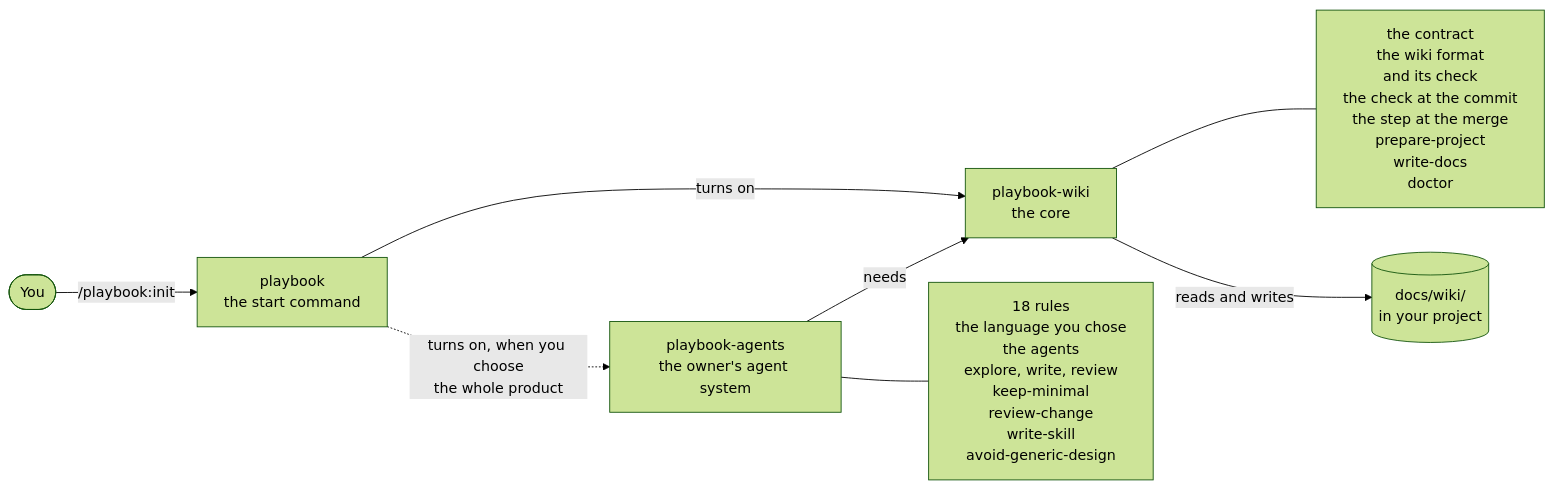
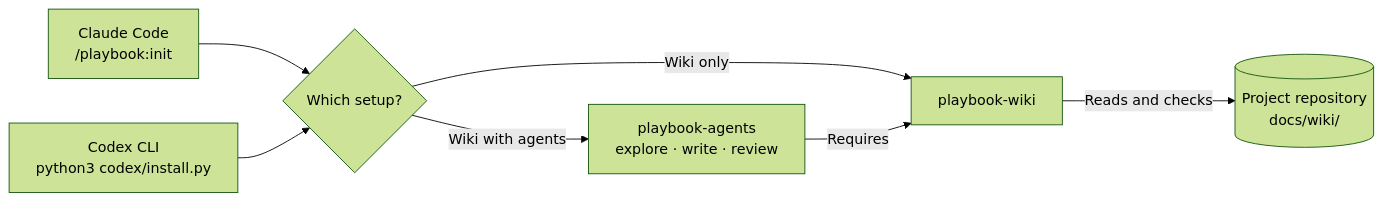
One commit to andresfrei/playbook changed the first of 2 diagrams in README.md. Above: the diagram before and after it, drawn with Mermaid (forest theme). The commit also changed other lines of this file and 31 other files, not shown here.

Commit message:
feat: bring Playbook to Codex CLI

````diff
--- a/README.md
+++ b/README.md
@@ -23,10 +43,9 @@
 ```mermaid
 flowchart LR
-  you([You]) -- "/playbook:init" --> init["playbook<br/>the start command"]
-  init -- "turns on" --> wiki["playbook-wiki<br/>the core"]
-  init -. "turns on, when you choose<br/>the whole product" .-> agents["playbook-agents<br/>the owner's agent system"]
-  agents -- "needs" --> wiki
-  wiki --- wikiHolds["the contract<br/>the wiki format<br/>and its check<br/>the check at the commit<br/>the step at the merge<br/>prepare-project<br/>write-docs<br/>doctor"]
-  agents --- agentsHolds["18 rules<br/>the language you chose<br/>the agents<br/>explore, write, review<br/>keep-minimal<br/>review-change<br/>write-skill<br/>avoid-generic-design"]
-  wiki -- "reads and writes" --> repo[("docs/wiki/<br/>in your project")]
+    claude["Claude Code<br/>/playbook:init"] --> choice{"Which setup?"}
+    codex["Codex CLI<br/>python3 codex/install.py"] --> choice
+    choice -->|Wiki only| wiki["playbook-wiki"]
+    choice -->|Wiki with agents| agents["playbook-agents<br/>explore · write · review"]
+    agents -->|Requires| wiki
+    wiki -->|Reads and checks| repo[("Project repository<br/>docs/wiki/")]
 ```
````
